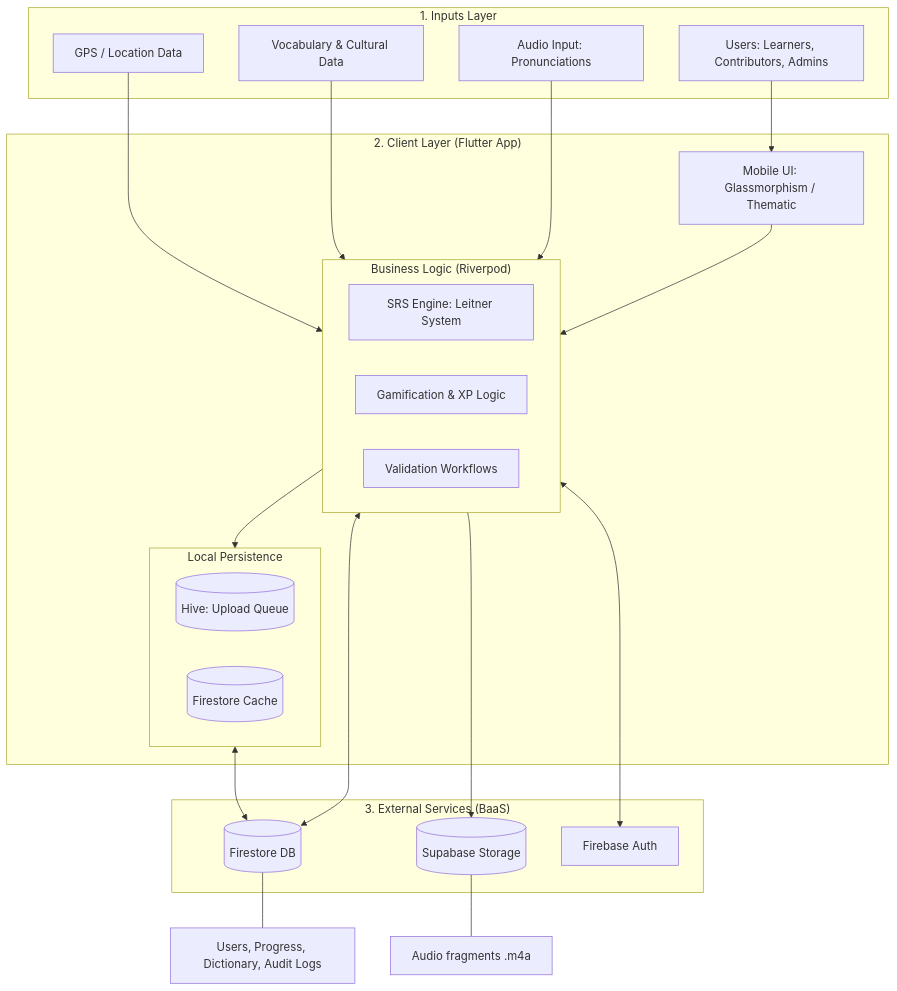
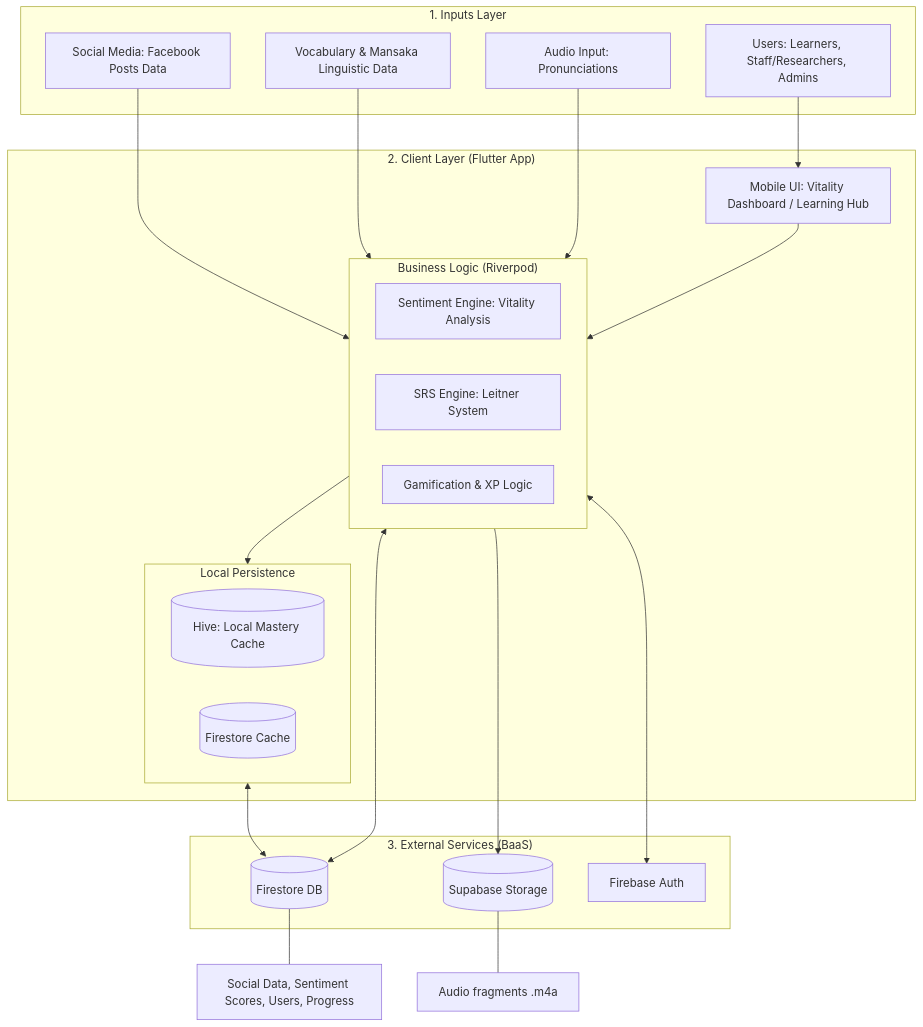
One commit to marvinkentumando/lumad-lingua-flutter changed the diagram in docs/system_diagram.md. Above: the diagram before and after it, drawn with Mermaid. The commit also changed other lines of this file and 55 other files, not shown here.

````diff
--- a/docs/system_diagram.md
+++ b/docs/system_diagram.md
@@ -7,46 +7,46 @@
 ```mermaid
 graph TD
     subgraph Inputs ["1. Inputs Layer"]
-        U[Users: Learners, Contributors, Admins]
-        GPS[GPS / Location Data]
-        VOC[Vocabulary & Cultural Data]
+        U[Users: Learners, Staff/Researchers, Admins]
+        SOC[Social Media: Facebook Posts Data]
+        VOC[Vocabulary & Mansaka Linguistic Data]
         AUD[Audio Input: Pronunciations]
     end
 
     subgraph Client ["2. Client Layer (Flutter App)"]
-        UI[Mobile UI: Glassmorphism / Thematic]
+        UI[Mobile UI: Vitality Dashboard / Learning Hub]
         subgraph Logic ["Business Logic (Riverpod)"]
+            SENT[Sentiment Engine: Vitality Analysis]
             SRS[SRS Engine: Leitner System]
             GAM[Gamification & XP Logic]
-            VAL[Validation Workflows]
         end
         subgraph LocalData ["Local Persistence"]
-            HIVE[(Hive: Upload Queue)]
+            HIVE[(Hive: Local Mastery Cache)]
             CACHE[(Firestore Cache)]
         end
     end
 
     subgraph External ["3. External Services (BaaS)"]
         FS[(Firestore DB)]
         SS[(Supabase Storage)]
         AUTH[Firebase Auth]
     end
 
     %% Relations
     U --> UI
-    GPS --> Logic
+    SOC --> Logic
     VOC --> Logic
     AUD --> Logic
 
     UI --> Logic
     Logic --> LocalData
     
     LocalData <--> FS
     Logic <--> FS
     Logic --> SS
     Logic <--> AUTH
 
     %% Descriptions
-    FS --- FS_DESC[Users, Progress, Dictionary, Audit Logs]
+    FS --- FS_DESC[Social Data, Sentiment Scores, Users, Progress]
     SS --- SS_DESC[Audio fragments .m4a]
 ```
````
